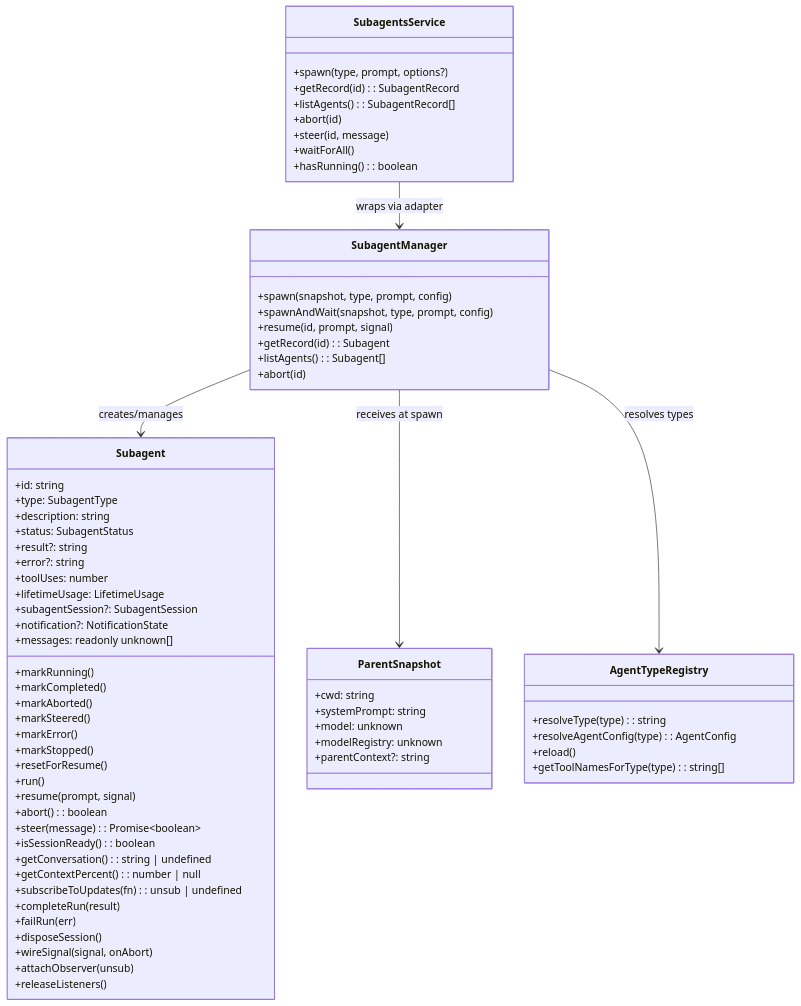
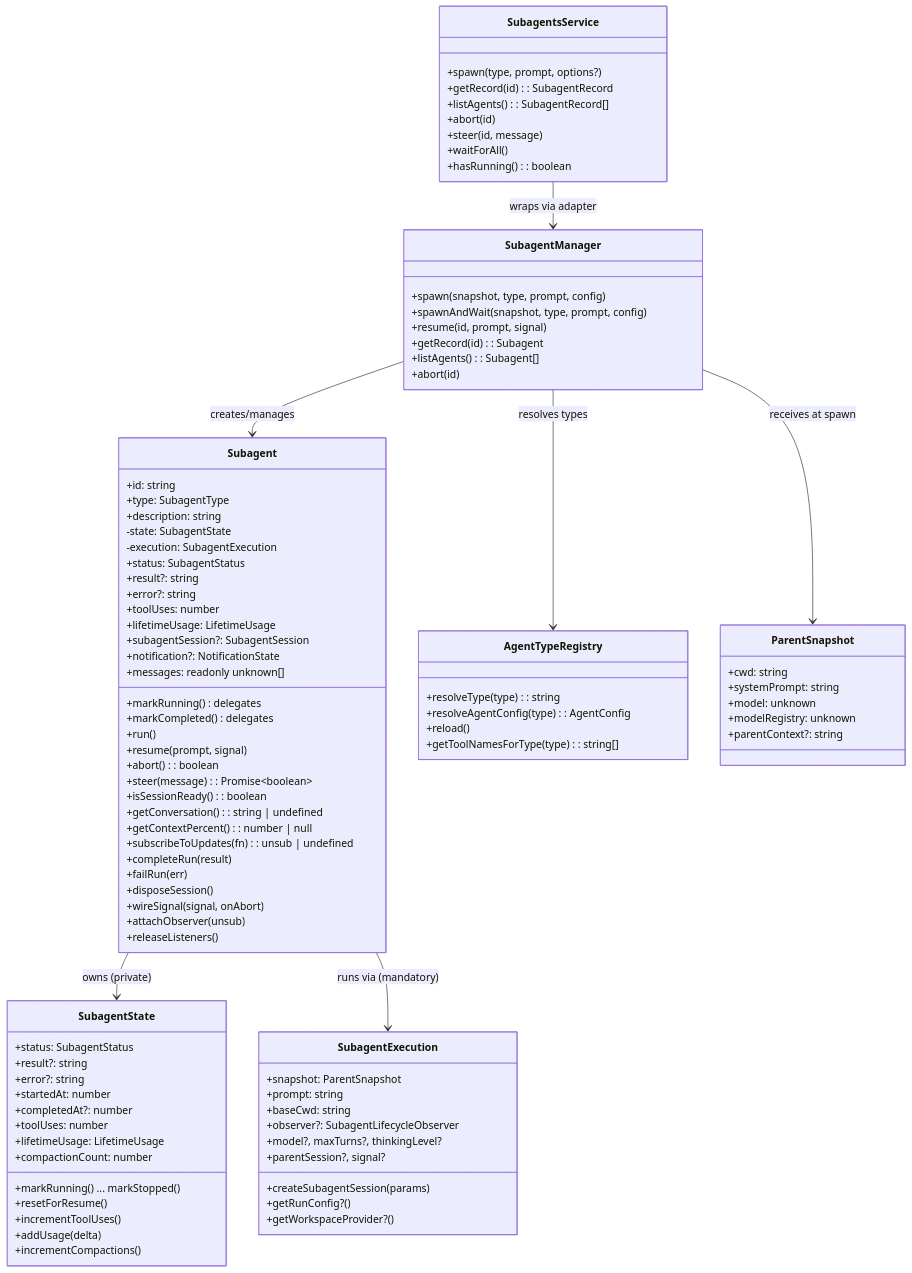
One commit to komarspn/pi-packages changed the second of 6 diagrams in packages/pi-subagents/docs/architecture/architecture.md. Above: the diagram before and after it, drawn with Mermaid. The commit also changed other lines of this file and 1 other file, not shown here.

Commit message:
docs: record SubagentState extraction in architecture and skill (#373)

```diff
--- a/packages/pi-subagents/docs/architecture/architecture.md
+++ b/packages/pi-subagents/docs/architecture/architecture.md
@@ -107,6 +107,8 @@
         +id: string
         +type: SubagentType
         +description: string
+        -state: SubagentState
+        -execution: SubagentExecution
         +status: SubagentStatus
         +result?: string
         +error?: string
@@ -114,13 +116,8 @@
         +lifetimeUsage: LifetimeUsage
         +subagentSession?: SubagentSession
         +notification?: NotificationState
-        +markRunning()
-        +markCompleted()
-        +markAborted()
-        +markSteered()
-        +markError()
-        +markStopped()
-        +resetForResume()
+        +markRunning() delegates
+        +markCompleted() delegates
         +run()
         +resume(prompt, signal)
         +abort(): boolean
@@ -136,6 +133,34 @@
         +wireSignal(signal, onAbort)
         +attachObserver(unsub)
         +releaseListeners()
+    }
+
+    class SubagentState {
+        +status: SubagentStatus
+        +result?: string
+        +error?: string
+        +startedAt: number
+        +completedAt?: number
+        +toolUses: number
+        +lifetimeUsage: LifetimeUsage
+        +compactionCount: number
+        +markRunning() ... markStopped()
+        +resetForResume()
+        +incrementToolUses()
+        +addUsage(delta)
+        +incrementCompactions()
+    }
+
+    class SubagentExecution {
+        +createSubagentSession(params)
+        +snapshot: ParentSnapshot
+        +prompt: string
+        +baseCwd: string
+        +observer?: SubagentLifecycleObserver
+        +getRunConfig?()
+        +getWorkspaceProvider?()
+        +model?, maxTurns?, thinkingLevel?
+        +parentSession?, signal?
     }
 
     class SubagentManager {
@@ -173,6 +198,8 @@
     }
 
     SubagentManager --> Subagent : creates/manages
+    Subagent --> SubagentState : owns (private)
+    Subagent --> SubagentExecution : runs via (mandatory)
     SubagentManager --> ParentSnapshot : receives at spawn
     SubagentsService --> SubagentManager : wraps via adapter
     SubagentManager --> AgentTypeRegistry : resolves types
```
